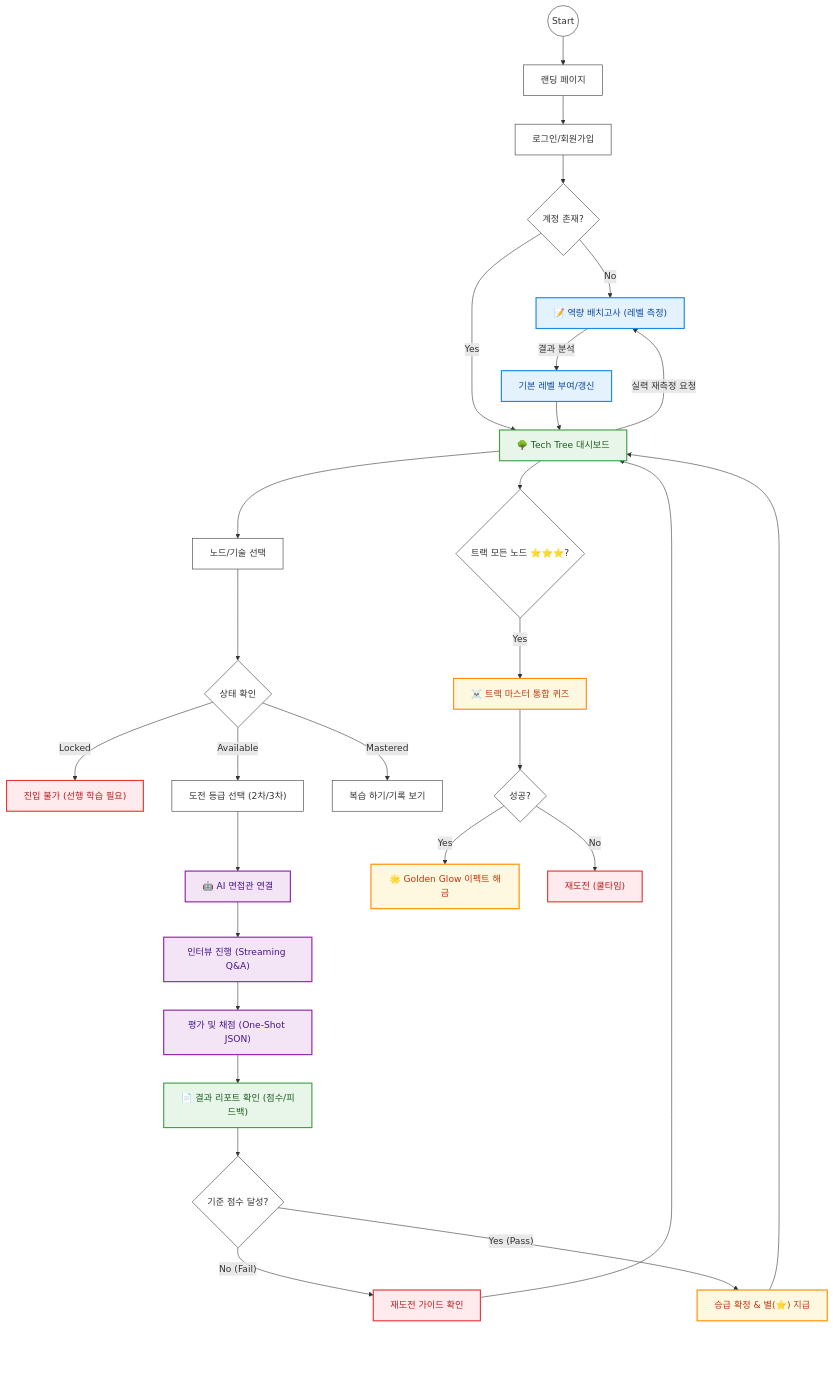
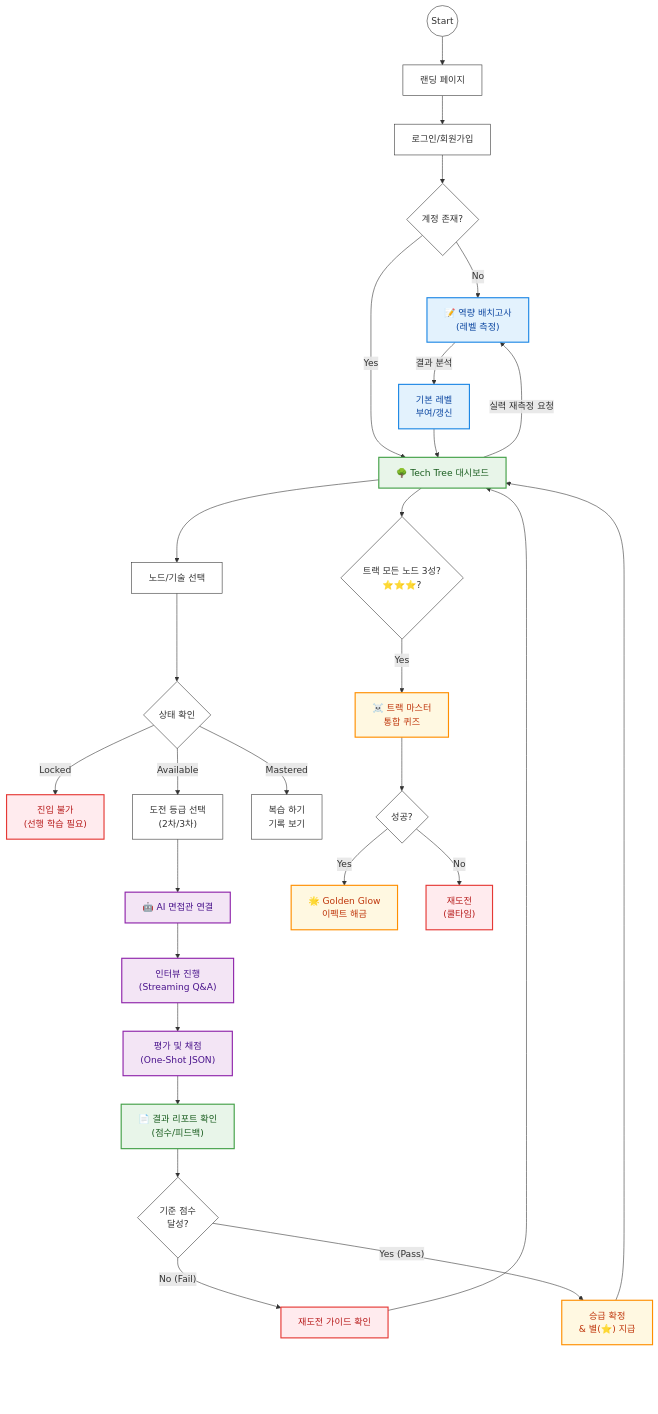
The diagram in docs/1_prd/user_flow.md (haebo9/ai_techtree_project), drawn with Mermaid before and after one commit.

Commit message:
docs: update user flow documentation in PRD ; 차트에 줄바꿈 추가

````diff
--- a/docs/1_prd/user_flow.md
+++ b/docs/1_prd/user_flow.md
@@ -9,59 +9,59 @@
 ```mermaid
 graph TD
     %% --- [Color Palette Definition] ---
     classDef default fill:#fff,stroke:#333,stroke-width:1px;
     classDef init fill:#e3f2fd,stroke:#1e88e5,stroke-width:2px,color:#0d47a1;
     classDef main fill:#e8f5e9,stroke:#43a047,stroke-width:2px,color:#1b5e20;
     classDef ai fill:#f3e5f5,stroke:#8e24aa,stroke-width:2px,color:#4a148c;
     classDef gold fill:#fff8e1,stroke:#ff8f00,stroke-width:2px,color:#bf360c;
     classDef fail fill:#ffebee,stroke:#e53935,stroke-width:2px,color:#b71c1c;
 
     %% Nodes
     Start((Start)) --> Landing[랜딩 페이지]
     Landing --> Login[로그인/회원가입]
     
     Login --> HasAccount{계정 존재?}
-    HasAccount -->|No| InitTest["📝 역량 배치고사 (레벨 측정)"]:::init
+    HasAccount -->|No| InitTest["📝 역량 배치고사<br/>(레벨 측정)"]:::init
     HasAccount -->|Yes| Dashboard[🌳 Tech Tree 대시보드]:::main
     
-    %% [Reflect] 대시보드에서 재응시 가능
+    %% [Reflect]
     Dashboard -->|실력 재측정 요청| InitTest
-    InitTest -->|결과 분석| SetBaseStats[기본 레벨 부여/갱신]:::init
+    InitTest -->|결과 분석| SetBaseStats["기본 레벨<br/>부여/갱신"]:::init
     SetBaseStats --> Dashboard
     
     Dashboard --> ClickNode[노드/기술 선택]
     ClickNode --> CheckStatus{상태 확인}
     
-    CheckStatus -->|Locked| Disabled["진입 불가 (선행 학습 필요)"]:::fail
-    CheckStatus -->|Available| SelectLevel["도전 등급 선택 (2차/3차)"]
-    CheckStatus -->|Mastered| Review["복습 하기/기록 보기"]
+    CheckStatus -->|Locked| Disabled["진입 불가<br/>(선행 학습 필요)"]:::fail
+    CheckStatus -->|Available| SelectLevel["도전 등급 선택<br/>(2차/3차)"]
+    CheckStatus -->|Mastered| Review["복습 하기<br/>기록 보기"]
     
     SelectLevel --> InterviewStart[🤖 AI 면접관 연결]:::ai
-    InterviewStart --> ChatLoop["인터뷰 진행 (Streaming Q&A)"]:::ai
-    ChatLoop --> Eval["평가 및 채점 (One-Shot JSON)"]:::ai
+    InterviewStart --> ChatLoop["인터뷰 진행<br/>(Streaming Q&A)"]:::ai
+    ChatLoop --> Eval["평가 및 채점<br/>(One-Shot JSON)"]:::ai
     
-    %% [Unified] 결과 리포트 통합
-    Eval --> ResultReport["📄 결과 리포트 확인 (점수/피드백)"]:::main
+    %% [Unified]
+    Eval --> ResultReport["📄 결과 리포트 확인<br/>(점수/피드백)"]:::main
     
-    %% [Conditional] 리포트 확인 후 승급 여부 결정
-    ResultReport --> CheckPass{"기준 점수 달성?"}
+    %% [Conditional]
+    ResultReport --> CheckPass{"기준 점수<br/>달성?"}
     
     CheckPass -->|"No (Fail)"| RetryGuide["재도전 가이드 확인"]:::fail
-    CheckPass -->|"Yes (Pass)"| StarGet["승급 확정 & 별(⭐) 지급"]:::gold
+    CheckPass -->|"Yes (Pass)"| StarGet["승급 확정<br/>& 별(⭐) 지급"]:::gold
     
     RetryGuide --> Dashboard
     StarGet --> Dashboard
     
-    Dashboard --> CheckTrack{"트랙 모든 노드 ⭐⭐⭐?"}
-    CheckTrack -->|Yes| BossRaid["☠️ 트랙 마스터 통합 퀴즈"]:::gold
+    Dashboard --> CheckTrack{"트랙 모든 노드 3성?<br/>⭐⭐⭐?"}
+    CheckTrack -->|Yes| BossRaid["☠️ 트랙 마스터<br/>통합 퀴즈"]:::gold
     BossRaid --> BossResult{"성공?"}
     
-    BossResult -->|Yes| GoldGlow["🌟 Golden Glow 이펙트 해금"]:::gold
-    BossResult -->|No| Retry["재도전 (쿨타임)"]:::fail
+    BossResult -->|Yes| GoldGlow["🌟 Golden Glow<br/>이펙트 해금"]:::gold
+    BossResult -->|No| Retry["재도전<br/>(쿨타임)"]:::fail
 
-    %% [UI Fix] Spacer (툴바 가림 방지)
+    %% [UI Fix] Spacer
     StarGet ~~~ Spacer1[ ]
     GoldGlow ~~~ Spacer2[ ]
     style Spacer1 fill:none,stroke:none,color:#00000000,height:50px
     style Spacer2 fill:none,stroke:none,color:#00000000,height:50px
 ```
````
